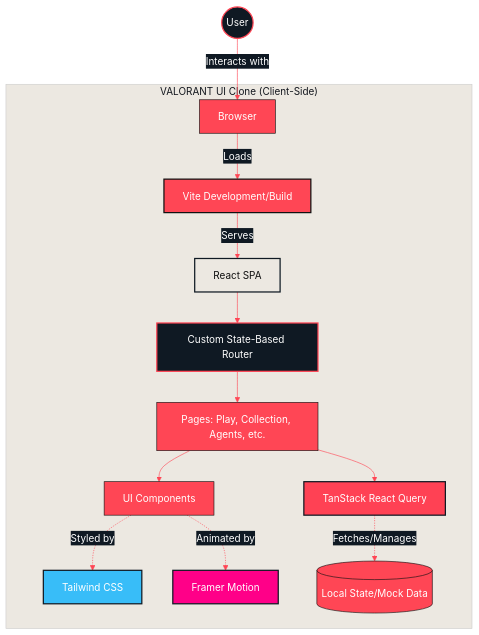
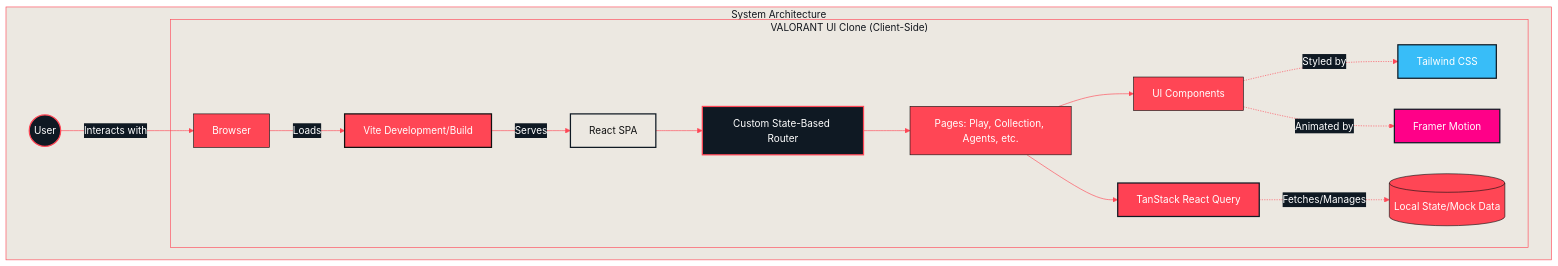
One commit to Mr-Nobody003/VALORANT changed the first of 4 diagrams in README.md. Above: the diagram before and after it, drawn with Mermaid. The commit also changed other lines of this file, not shown here.

````diff
--- a/README.md
+++ b/README.md
@@ -88,23 +88,25 @@
 ```mermaid
-%%{init: {'theme': 'base', 'themeVariables': { 'primaryColor': '#ff4655', 'primaryTextColor': '#fff', 'primaryBorderColor': '#111', 'lineColor': '#ff4655', 'secondaryColor': '#0f1923', 'tertiaryColor': '#ece8e1'}}}%%
+%%{init: {'theme': 'base', 'themeVariables': { 'primaryColor': '#ff4655', 'primaryTextColor': '#fff', 'primaryBorderColor': '#111', 'lineColor': '#ff4655', 'secondaryColor': '#0f1923', 'tertiaryColor': '#ece8e1', 'clusterBorder': '#ff4655'}}}%%
 graph TD
-    User((User)) --> |Interacts with| Browser
-    subgraph "VALORANT UI Clone (Client-Side)"
-        Browser --> |Loads| Vite[Vite Development/Build]
-        Vite --> |Serves| App[React SPA]
-        App --> Router[Custom State-Based Router]
-        Router --> Pages[Pages: Play, Collection, Agents, etc.]
-        Pages --> Components[UI Components]
-        Components -.-> |Styled by| Tailwind[Tailwind CSS]
-        Components -.-> |Animated by| Framer[Framer Motion]
-        Pages --> ReactQuery[TanStack React Query]
-        ReactQuery -.-> |Fetches/Manages| LocalData[(Local State/Mock Data)]
-    end
+    subgraph "System Architecture"
+        User((User)) --> |Interacts with| Browser
+        subgraph "VALORANT UI Clone (Client-Side)"
+            Browser --> |Loads| Vite[Vite Development/Build]
+            Vite --> |Serves| App[React SPA]
+            App --> Router[Custom State-Based Router]
+            Router --> Pages[Pages: Play, Collection, Agents, etc.]
+            Pages --> Components[UI Components]
+            Components -.-> |Styled by| Tailwind[Tailwind CSS]
+            Components -.-> |Animated by| Framer[Framer Motion]
+            Pages --> ReactQuery[TanStack React Query]
+            ReactQuery -.-> |Fetches/Manages| LocalData[(Local State/Mock Data)]
+        end
     style User fill:#0f1923,stroke:#ff4655,stroke-width:2px,color:#fff
     style Vite fill:#ff4655,stroke:#111,stroke-width:2px,color:#fff
     style App fill:#ece8e1,stroke:#0f1923,stroke-width:2px,color:#111
     style Router fill:#0f1923,stroke:#ff4655,stroke-width:2px,color:#fff
     style Tailwind fill:#38bdf8,stroke:#0f1923,stroke-width:2px,color:#fff
     style Framer fill:#ff0088,stroke:#0f1923,stroke-width:2px,color:#fff
     style ReactQuery fill:#ff4154,stroke:#0f1923,stroke-width:2px,color:#fff
+    end
 ```
````
